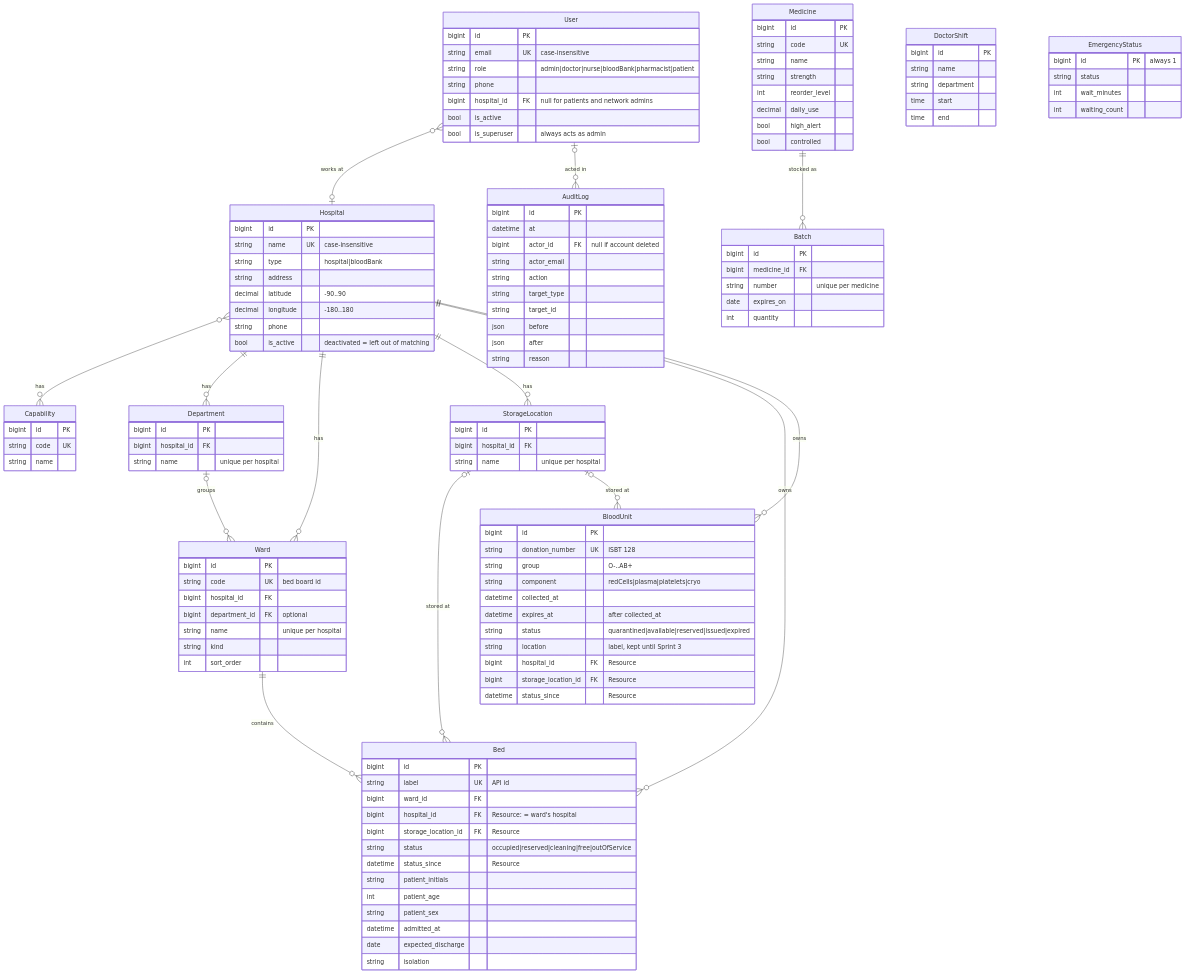
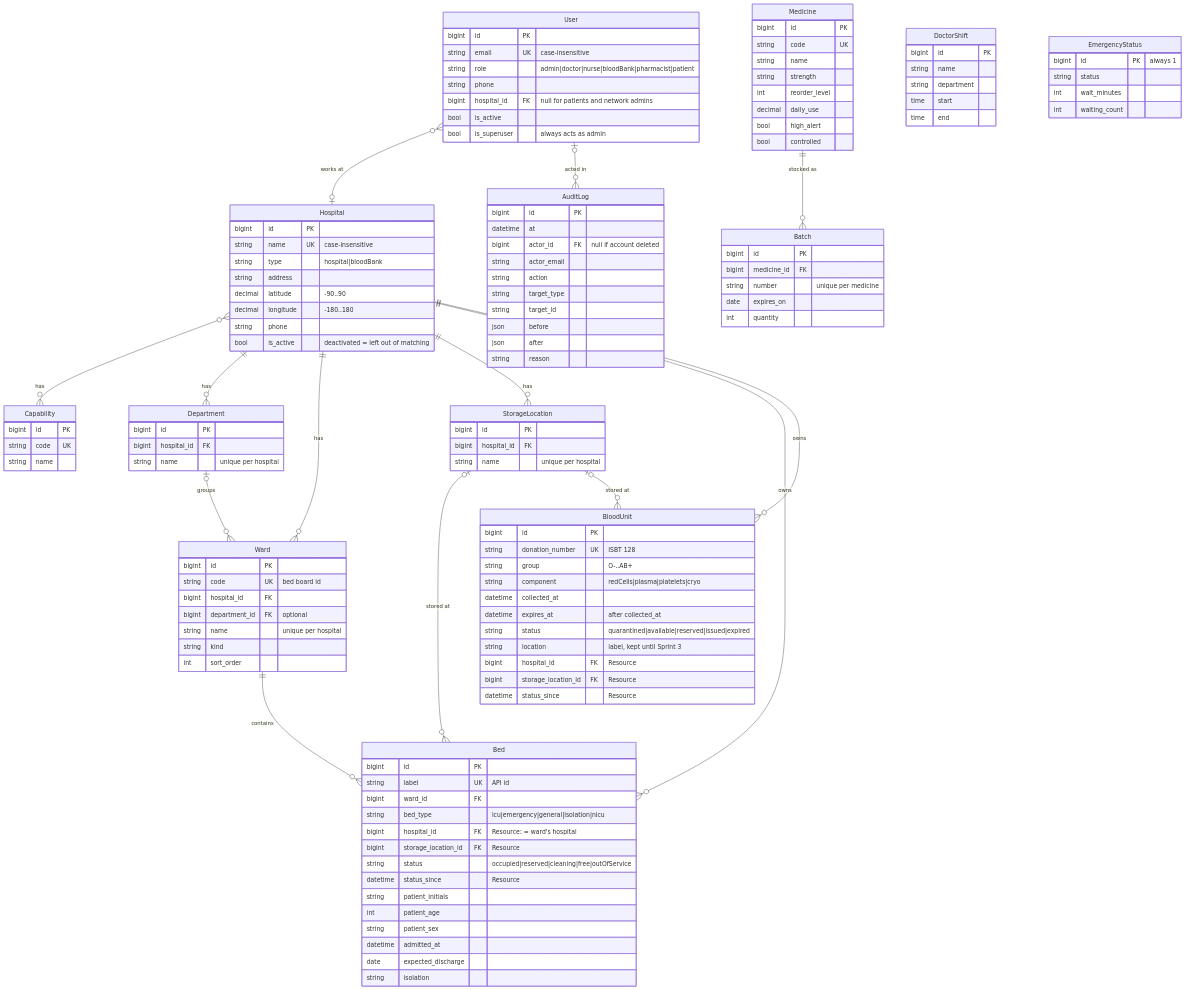
The first of 2 diagrams in docs/architecture/erd.md (harishassan-code/hospital-care), drawn with Mermaid before and after one commit. The commit also changed other lines of this file and 4 other files, not shown here.

First line of the commit message:
docs: MVP schema, planned lifecycles and remaining journeys (#3, #4)

```diff
--- a/docs/architecture/erd.md
+++ b/docs/architecture/erd.md
@@ -70,6 +71,7 @@
         bigint id PK
         string label UK "API id"
         bigint ward_id FK
+        string bed_type "icu|emergency|general|isolation|nicu"
         bigint hospital_id FK "Resource: = ward's hospital"
         bigint storage_location_id FK "Resource"
         string status "occupied|reserved|cleaning|free|outOfService"
```
